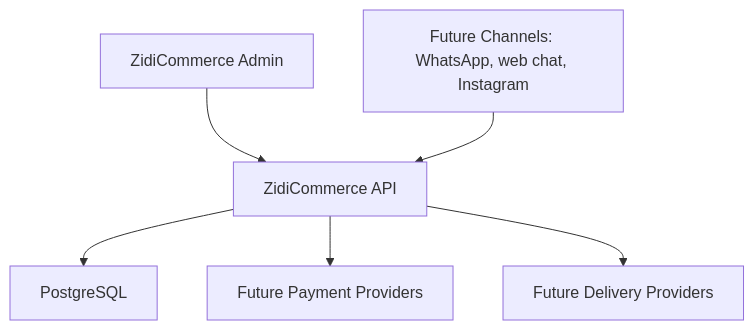
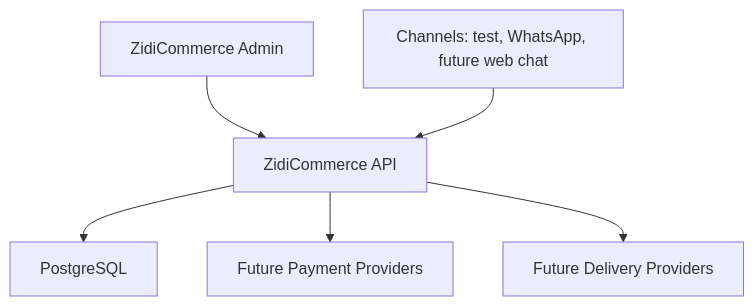
The first of 5 diagrams in docs/architecture.md (hidenkeys/Zidicommerce), drawn with Mermaid before and after one commit. The commit also changed other lines of this file and 16 other files, not shown here.

````diff
--- a/docs/architecture.md
+++ b/docs/architecture.md
@@ -9,8 +9,8 @@
 ```mermaid
 flowchart TD
     A["ZidiCommerce Admin"] --> B["ZidiCommerce API"]
-    C["Future Channels: WhatsApp, web chat, Instagram"] --> B
+    C["Channels: test, WhatsApp, future web chat"] --> B
     B --> D["PostgreSQL"]
     B --> E["Future Payment Providers"]
     B --> F["Future Delivery Providers"]
 ```
````
